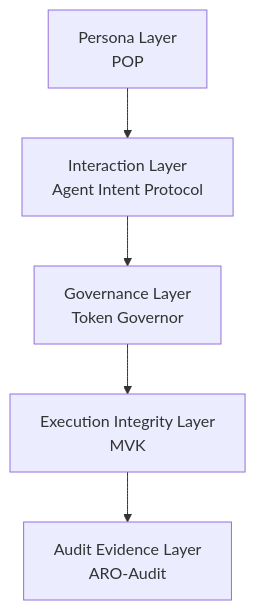
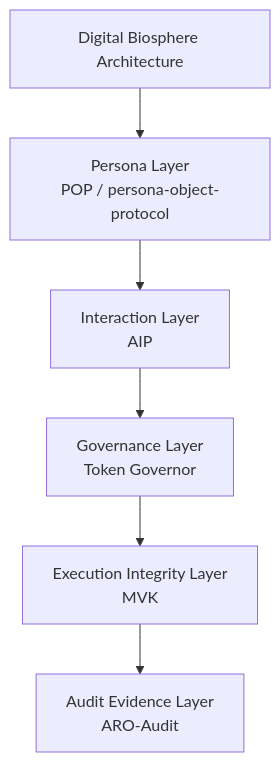
Before and after one commit to joy7758/digital-biosphere-architecture: the diagram in README.md, drawn with Mermaid. The commit also changed other lines of this file, not shown here.

Commit message:
docs: unify Digital Biosphere Architecture stack and layer implementations

````diff
--- a/README.md
+++ b/README.md
@@ -29,10 +38,12 @@
 ```mermaid
 flowchart TB
-    Persona["Persona Layer<br>POP"]
-    Interaction["Interaction Layer<br>Agent Intent Protocol"]
+    DBA["Digital Biosphere Architecture"]
+
+    Persona["Persona Layer<br>POP / persona-object-protocol"]
+    Interaction["Interaction Layer<br>AIP"]
     Governance["Governance Layer<br>Token Governor"]
     Execution["Execution Integrity Layer<br>MVK"]
     Audit["Audit Evidence Layer<br>ARO-Audit"]
 
-    Persona --> Interaction --> Governance --> Execution --> Audit
+    DBA --> Persona --> Interaction --> Governance --> Execution --> Audit
 ```
````
